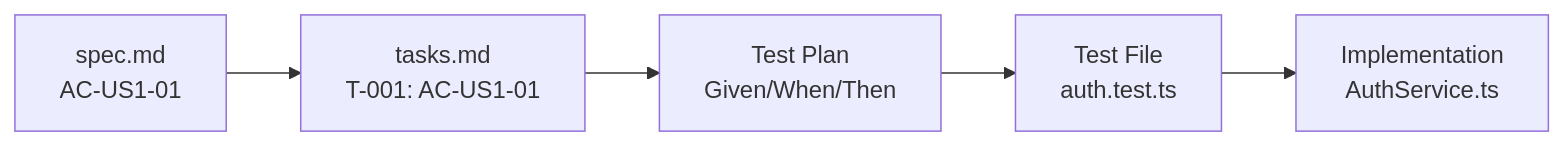
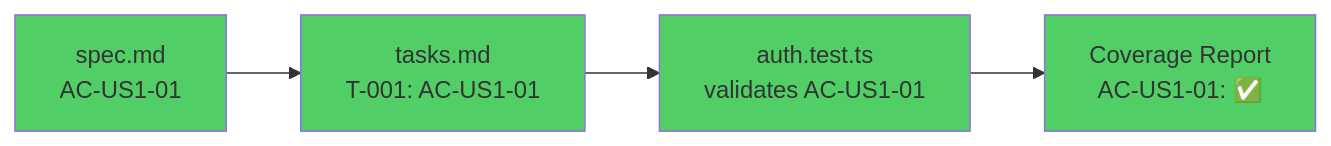
The second of 3 diagrams in docs-site/docs/glossary/terms/ac-id.md (anton-abyzov/specweave), drawn with Mermaid before and after one commit. The commit also changed other lines of this file and 151 other files, not shown here.

````diff
--- a/docs-site/docs/glossary/terms/ac-id.md
+++ b/docs-site/docs/glossary/terms/ac-id.md
@@ -36,7 +59,11 @@
 ```mermaid
 graph LR
     A[spec.md<br/>AC-US1-01] --> B[tasks.md<br/>T-001: AC-US1-01]
-    B --> C[Test Plan<br/>Given/When/Then]
-    C --> D[Test File<br/>auth.test.ts]
-    D --> E[Implementation<br/>AuthService.ts]
+    B --> C[auth.test.ts<br/>validates AC-US1-01]
+    C --> D[Coverage Report<br/>AC-US1-01: ✅]
+
+    style A fill:#51cf66
+    style B fill:#51cf66
+    style C fill:#51cf66
+    style D fill:#51cf66
 ```
````
